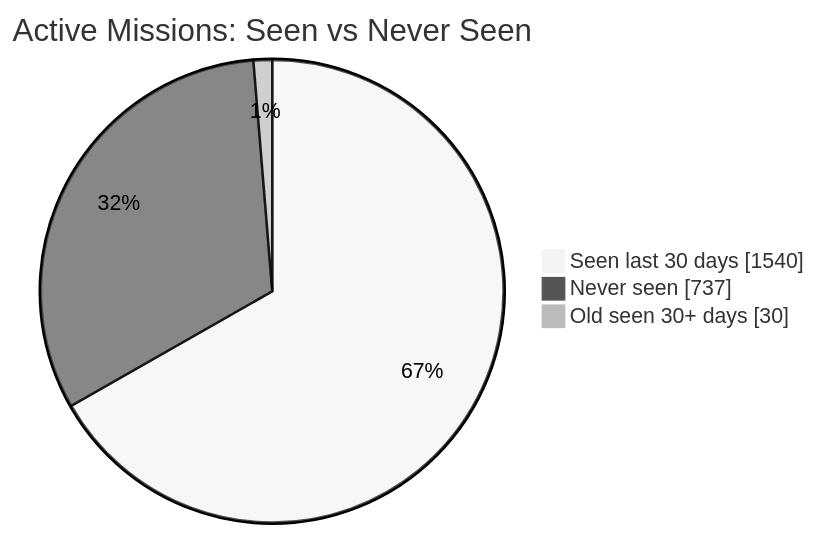
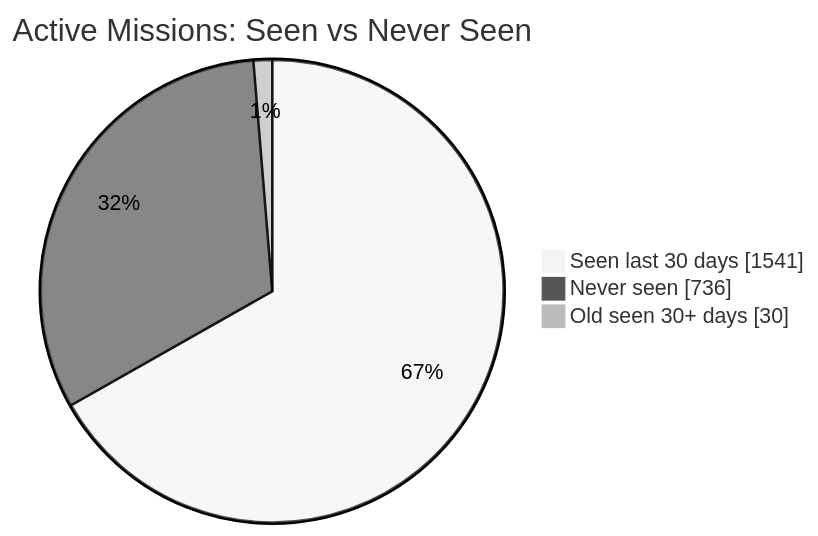
One commit to MeldkamerspelGameTeam/active-missions changed the first of 2 diagrams in README.md. Above: the diagram before and after it, drawn with Mermaid (neutral theme). The commit also changed other lines of this file and 2 other files, not shown here.

````diff
--- a/README.md
+++ b/README.md
@@ -34,7 +34,7 @@
 ```mermaid
 pie showData
     title Active Missions: Seen vs Never Seen
-    "Seen last 30 days" : 1540
-    "Never seen" : 737
+    "Seen last 30 days" : 1541
+    "Never seen" : 736
     "Old seen 30+ days" : 30
 ```
````
